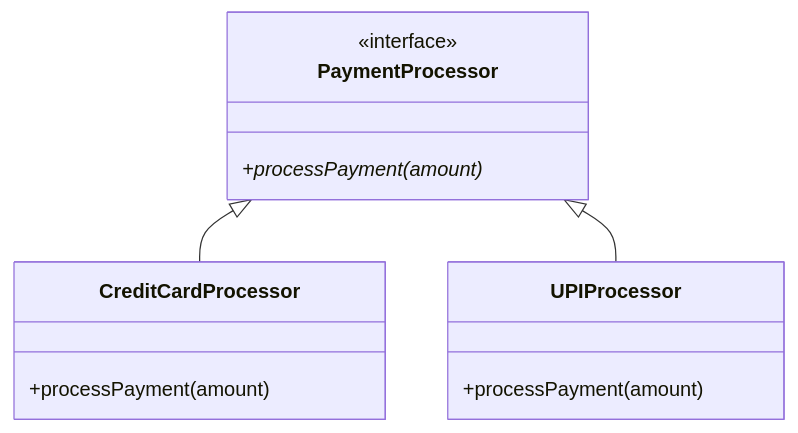
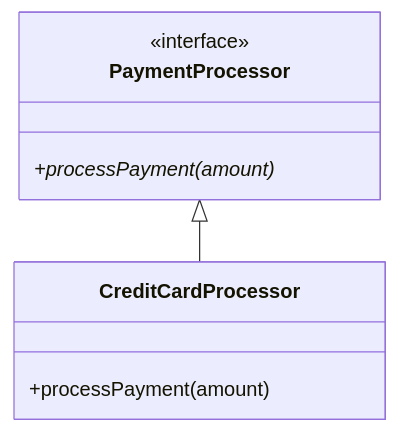
The third of 3 diagrams in 01-OOP-FOUNDATIONS/README.md (Sujalkathait/low-level-design-), drawn with Mermaid before and after one commit. The commit also changed other lines of this file, not shown here.

````diff
--- a/01-OOP-FOUNDATIONS/README.md
+++ b/01-OOP-FOUNDATIONS/README.md
@@ -359,16 +454,12 @@
 ```mermaid
 classDiagram
     class PaymentProcessor {
         <<interface>>
         +processPayment(amount)*
     }
     class CreditCardProcessor {
         +processPayment(amount)
     }
-    class UPIProcessor {
-        +processPayment(amount)
-    }
     
     PaymentProcessor <|-- CreditCardProcessor
-    PaymentProcessor <|-- UPIProcessor
 ```
````
